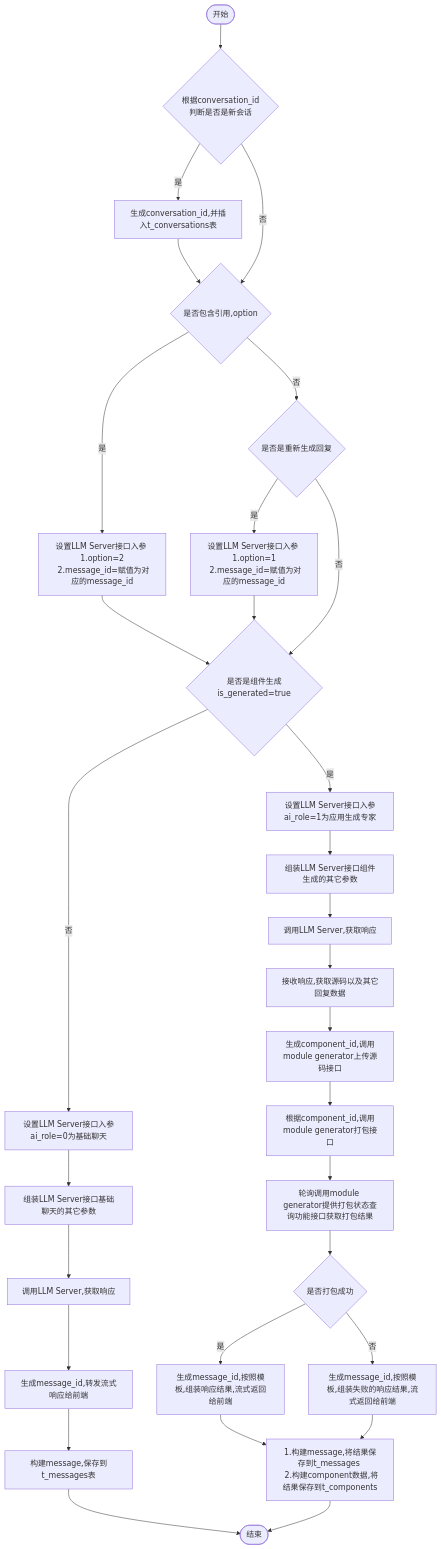
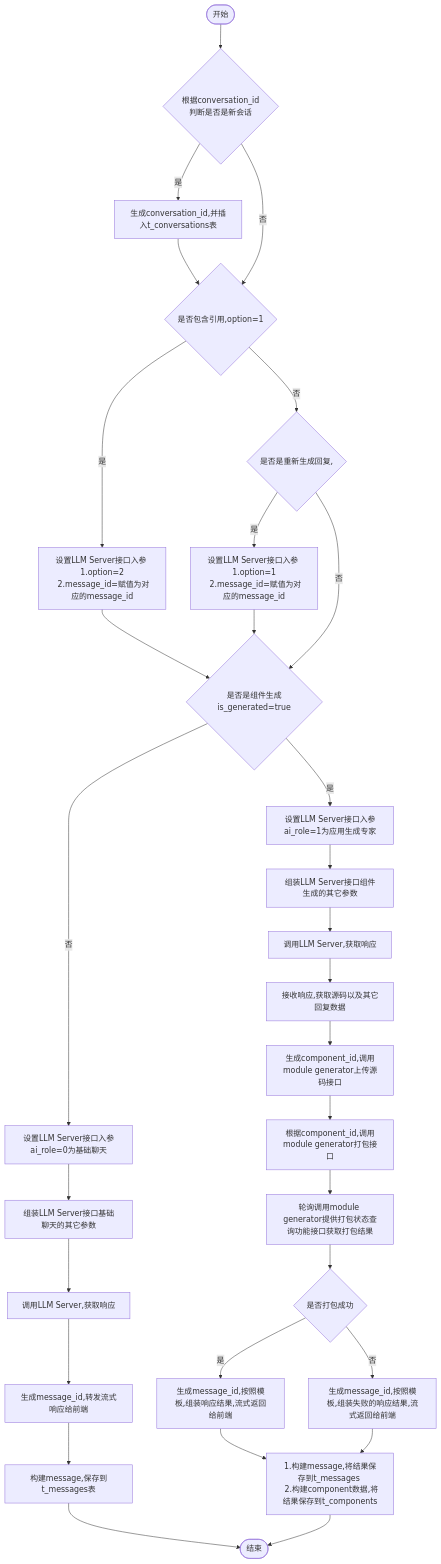
The diagram in all/w3-会话-不需要传递message.md (yingjianzh/iodraw-files), drawn with Mermaid before and after one commit.

Commit message:
2024-10-14 11:51:30 update

````diff
--- a/all/w3-会话-不需要传递message.md
+++ b/all/w3-会话-不需要传递message.md
@@ -1,36 +1,36 @@
 ```mermaid
 flowchart TD
     A([开始]) --> B{根据conversation_id \n 判断是否是新会话}
     B -- 是 --> C[生成conversation_id,并插入t_conversations表]
     C --> D
-    B -- 否 --> D{是否包含引用,option}
+    B -- 否 --> D{是否包含引用,option=1}
     D -- 是 --> E[设置LLM Server接口入参 \n 1.option=2 \n 2.message_id=赋值为对应的message_id]
-    D -- 否 --> F{是否是重新生成回复}
+    D -- 否 --> F{是否是重新生成回复,}
     F -- 是 --> G[设置LLM Server接口入参 \n 1.option=1 \n 2.message_id=赋值为对应的message_id]
     F -- 否 --> I
      
     E & G --> I{是否是组件生成is_generated=true}
     I -- 否 --> K[设置LLM Server接口入参ai_role=0为基础聊天]
     I -- 是 --> J[设置LLM Server接口入参ai_role=1为应用生成专家]
     
 
     J --> L[组装LLM Server接口组件生成的其它参数]    
     K --> M[组装LLM Server接口基础聊天的其它参数]    
     M --> N[调用LLM Server,获取响应]    
     N --> O[生成message_id,转发流式响应给前端]
     O --> P[构建message,保存到t_messages表]
     P --> R([结束])
 
 
     L --> S[调用LLM Server,获取响应]
     S --> T[接收响应,获取源码以及其它回复数据]
     T --> U[生成component_id,调用module generator上传源码接口]
     U --> V[根据component_id,调用module generator打包接口]
     V --> W[轮询调用module generator提供打包状态查询功能接口获取打包结果]
     W --> X{是否打包成功}
     X -- 是 --> Y[生成message_id,按照模板,组装响应结果,流式返回给前端]
     X -- 否 --> Z[生成message_id,按照模板,组装失败的响应结果,流式返回给前端]
 
     Y & Z --> Result[1.构建message,将结果保存到t_messages \n 2.构建component数据,将结果保存到t_components]
     Result --> R
 ```
````
